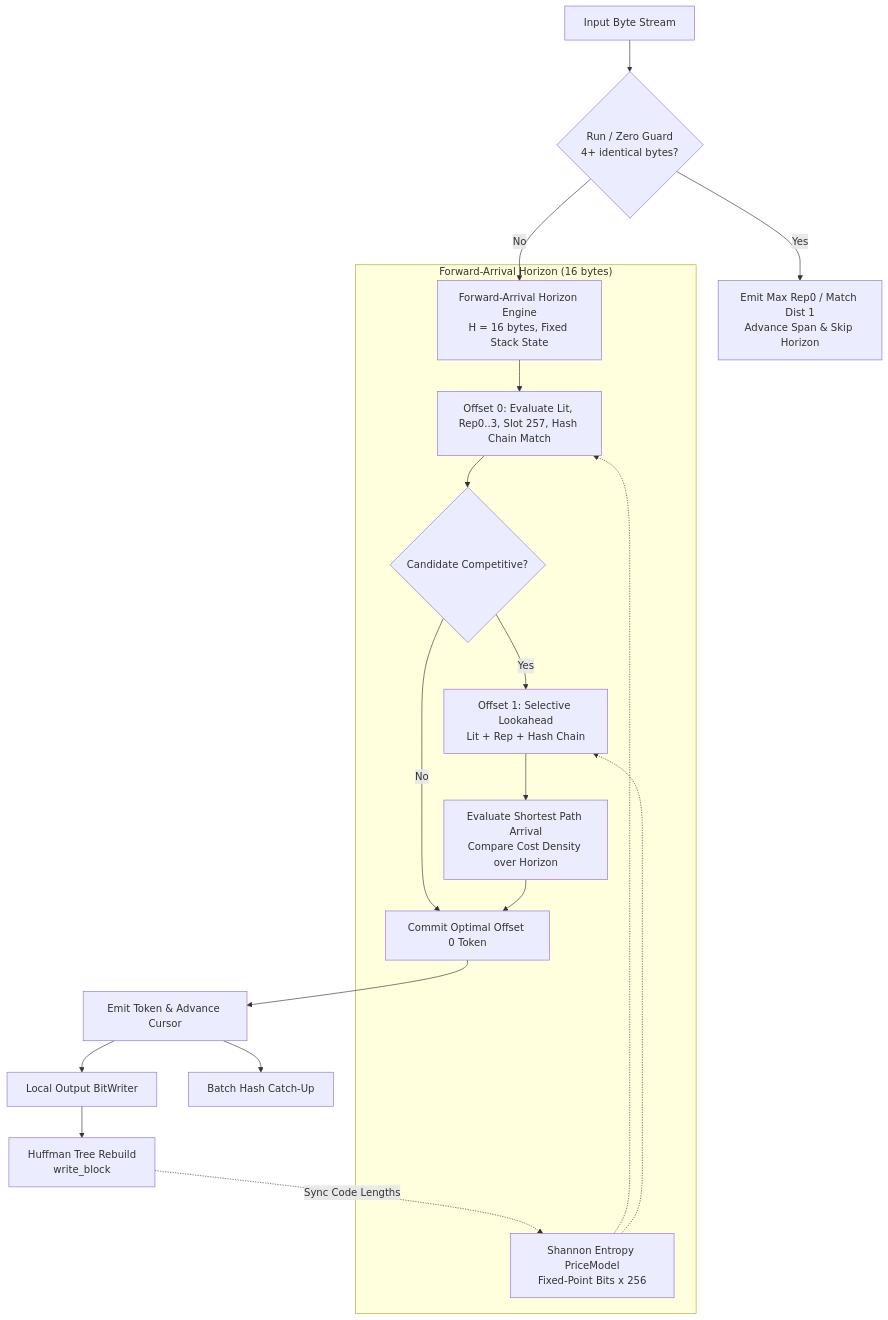
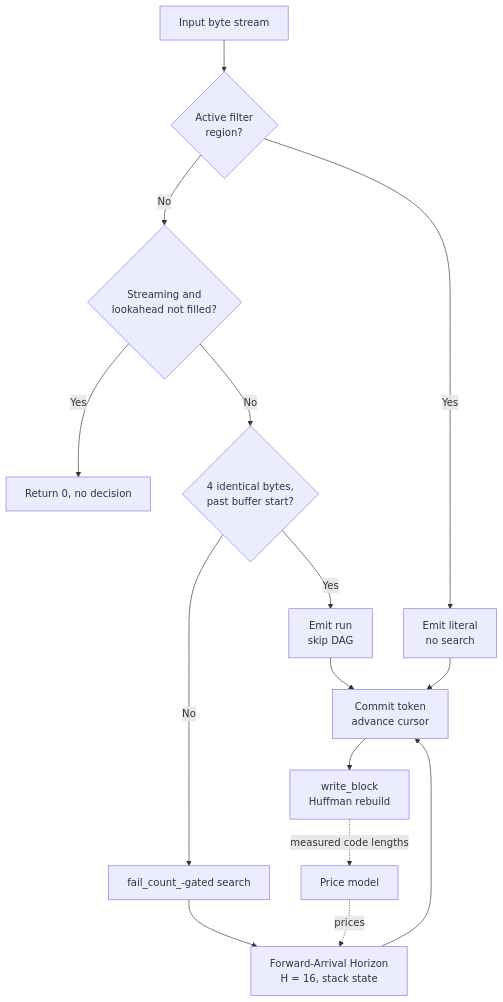
Before and after one commit to geometric-dev/openrar: the first of 2 diagrams in docs/milestones/v2.1.0-implementation-plan.md, drawn with Mermaid. The commit also changed other lines of this file and 23 other files, not shown here.

````diff
--- a/docs/milestones/v2.1.0-implementation-plan.md
+++ b/docs/milestones/v2.1.0-implementation-plan.md
@@ -30,24 +170,17 @@
 ```mermaid
 graph TD
-    Input[Input Byte Stream] --> RunGuard{Run / Zero Guard<br>4+ identical bytes?}
-    RunGuard -- Yes --> RunFastPath[Emit Max Rep0 / Match Dist 1<br>Advance Span & Skip Horizon]
-    RunGuard -- No --> Horizon[Forward-Arrival Horizon Engine<br>H = 16 bytes, Fixed Stack State]
-    
-    subgraph "Forward-Arrival Horizon (16 bytes)"
-        Price[Shannon Entropy PriceModel<br>Fixed-Point Bits x 256]
-        Horizon --> Node0[Offset 0: Evaluate Lit, Rep0..3, Slot 257, Hash Chain Match]
-        Price -.-> Node0
-        Node0 --> SelectExp{Candidate Competitive?}
-        SelectExp -- Yes --> Node1[Offset 1: Selective Lookahead<br>Lit + Rep + Hash Chain]
-        Price -.-> Node1
-        SelectExp -- No --> Commit0[Commit Optimal Offset 0 Token]
-        Node1 --> ArrivalDAG[Evaluate Shortest Path Arrival<br>Compare Cost Density over Horizon]
-        ArrivalDAG --> Commit0
-    end
-    
-    Commit0 --> Emit[Emit Token & Advance Cursor]
-    Emit --> HashCatchup[Batch Hash Catch-Up]
-    Emit --> BlockBuffer[Local Output BitWriter]
-    BlockBuffer --> Huffman[Huffman Tree Rebuild<br>write_block]
-    Huffman -. Sync Code Lengths .-> Price
+    Input[Input byte stream] --> FilterGuard{Active filter<br>region?}
+    FilterGuard -- Yes --> Literal[Emit literal<br>no search]
+    FilterGuard -- No --> Defer{Streaming and<br>lookahead not filled?}
+    Defer -- Yes --> Return[Return 0, no decision]
+    Defer -- No --> RunGuard{4 identical bytes,<br>past buffer start?}
+    RunGuard -- Yes --> RunFast[Emit run<br>skip DAG]
+    RunGuard -- No --> Search[fail_count_-gated search]
+    Search --> Horizon[Forward-Arrival Horizon<br>H = 16, stack state]
+    Horizon --> Commit[Commit token<br>advance cursor]
+    RunFast --> Commit
+    Literal --> Commit
+    Commit --> Block[write_block<br>Huffman rebuild]
+    Block -. measured code lengths .-> Price[Price model]
+    Price -. prices .-> Horizon
 ```
````
